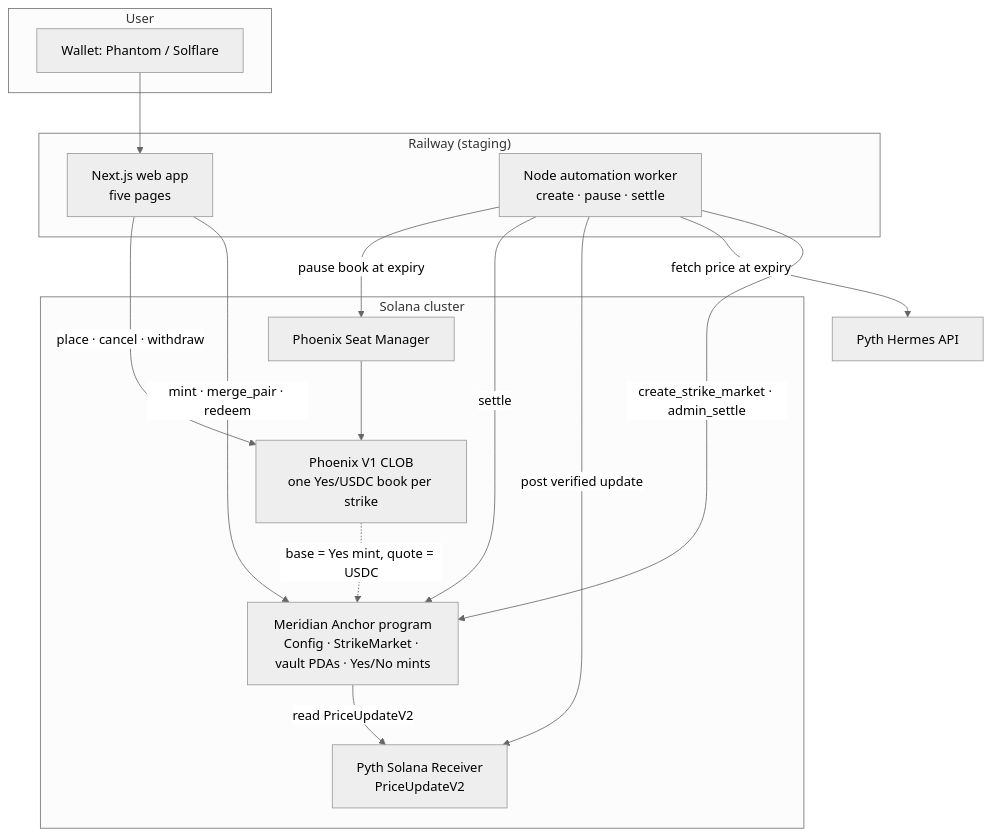
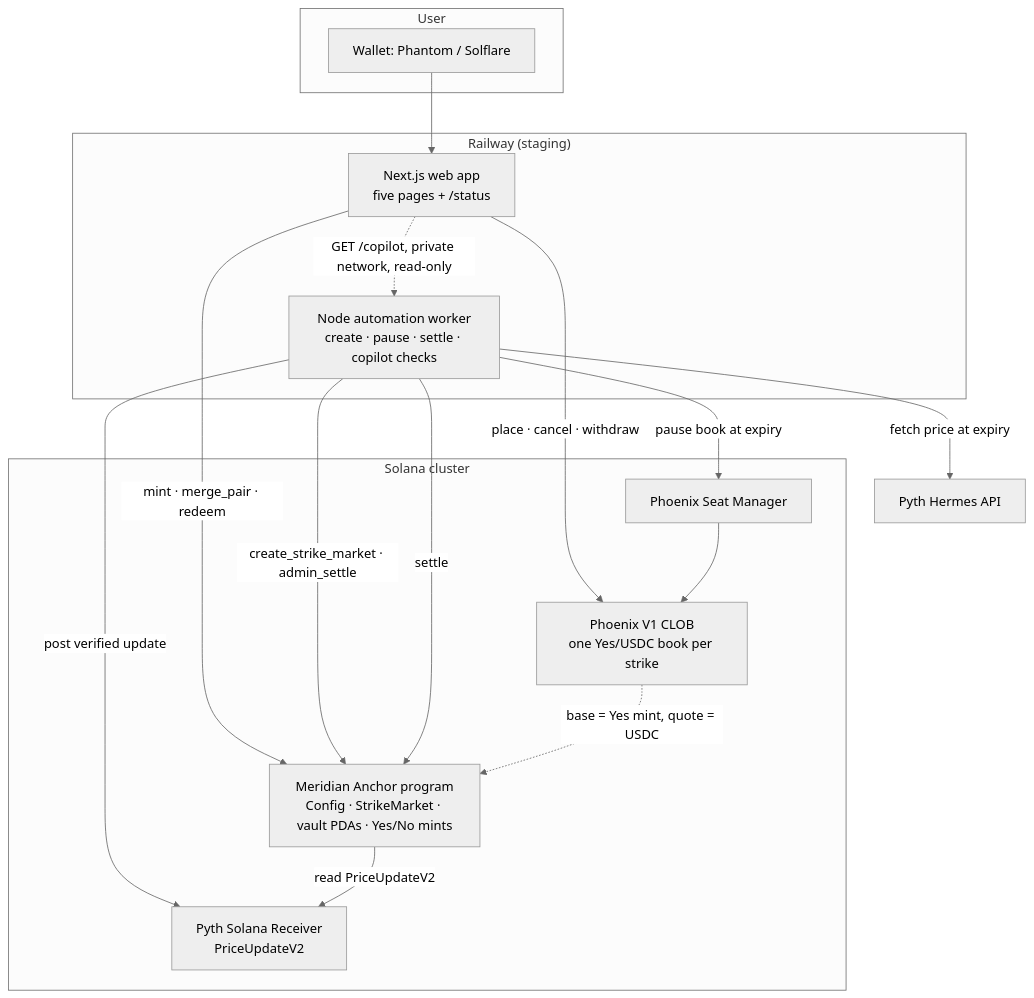
Before and after one commit to debudash/meridian-binMAG7-predictionmkt: the first of 3 diagrams in docs/ARCHITECTURE.md, drawn with Mermaid (neutral theme). The commit also changed other lines of this file and 10 other files, not shown here.

````diff
--- a/docs/ARCHITECTURE.md
+++ b/docs/ARCHITECTURE.md
@@ -7,32 +7,33 @@
 ```mermaid
 flowchart TB
   subgraph User
     W[Wallet: Phantom / Solflare]
   end
 
   subgraph Railway["Railway (staging)"]
-    NX[Next.js web app<br/>five pages]
-    AUTO[Node automation worker<br/>create · pause · settle]
+    NX[Next.js web app<br/>five pages + /status]
+    AUTO[Node automation worker<br/>create · pause · settle · copilot checks]
   end
 
   subgraph Solana["Solana cluster"]
     PROG[Meridian Anchor program<br/>Config · StrikeMarket · vault PDAs · Yes/No mints]
     PHX[Phoenix V1 CLOB<br/>one Yes/USDC book per strike]
     PSM[Phoenix Seat Manager]
     RCV[Pyth Solana Receiver<br/>PriceUpdateV2]
   end
 
   HERMES[Pyth Hermes API]
 
   W --> NX
   NX -->|mint · merge_pair · redeem| PROG
   NX -->|place · cancel · withdraw| PHX
   AUTO -->|create_strike_market · admin_settle| PROG
   AUTO -->|fetch price at expiry| HERMES
   AUTO -->|post verified update| RCV
   AUTO -->|settle| PROG
   AUTO -->|pause book at expiry| PSM
   PSM --> PHX
   PROG -->|read PriceUpdateV2| RCV
   PHX -.->|base = Yes mint, quote = USDC| PROG
+  NX -.->|GET /copilot, private network, read-only| AUTO
 ```
````
